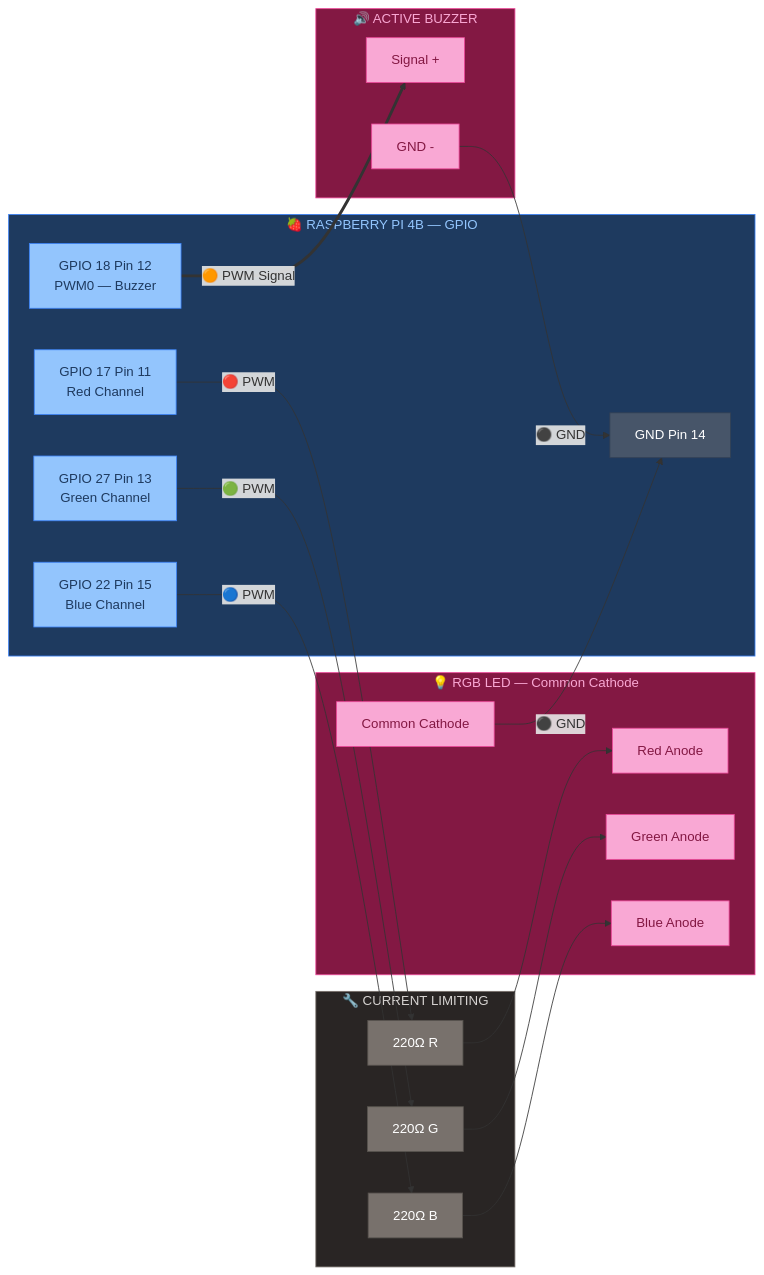
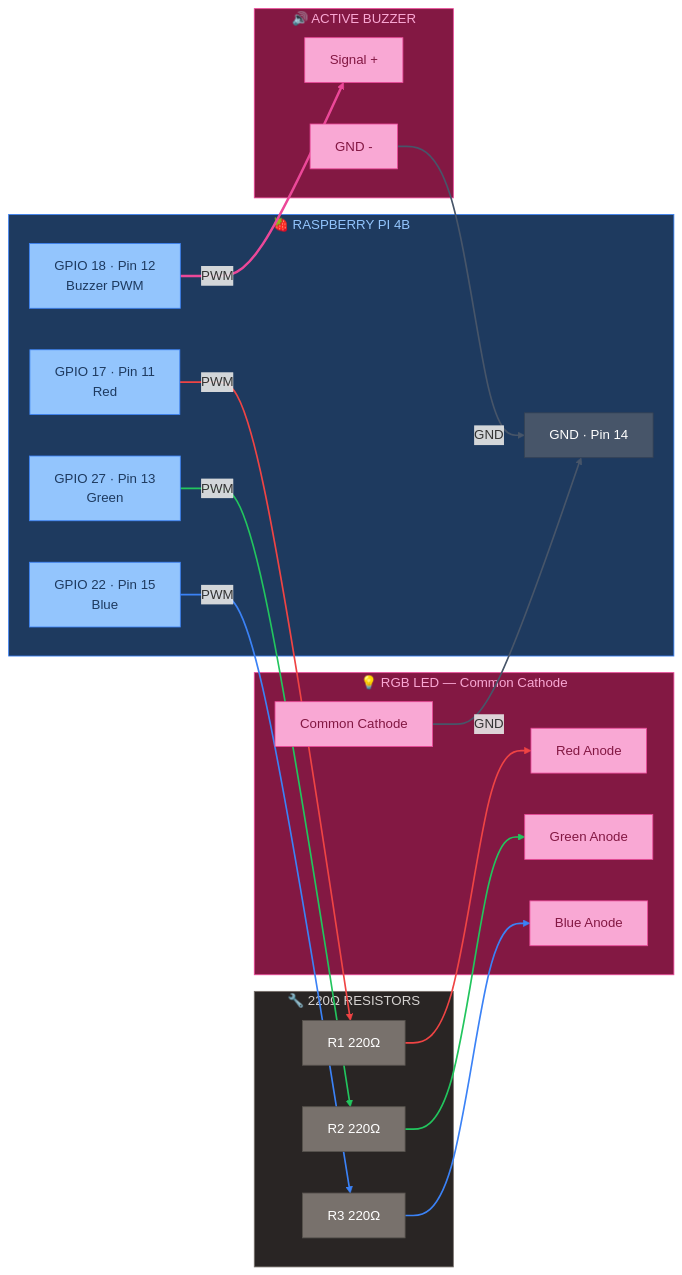
The eighth of 11 diagrams in control/docs/wiring_diagram.md (Major-Project-001/VIGIL-RQ), drawn with Mermaid before and after one commit. The commit also changed other lines of this file, not shown here.

Commit message:
docs: Add color-coded linkStyle to all Mermaid connection lines

````diff
--- a/control/docs/wiring_diagram.md
+++ b/control/docs/wiring_diagram.md
@@ -482,56 +457,58 @@
 ```mermaid
 graph LR
-    classDef rpi fill:#3b82f6,stroke:#1d4ed8,color:#fff,font-weight:bold
     classDef rpiPin fill:#93c5fd,stroke:#3b82f6,color:#1e3a5f
-    classDef alert fill:#ec4899,stroke:#be185d,color:#fff,font-weight:bold
     classDef alertPin fill:#f9a8d4,stroke:#ec4899,color:#831843
     classDef gnd fill:#475569,stroke:#334155,color:#fff
-    classDef resistor fill:#78716c,stroke:#57534e,color:#fff
+    classDef res fill:#78716c,stroke:#57534e,color:#fff
 
-    subgraph RPI_GPIO["🍓 RASPBERRY PI 4B — GPIO"]
-        RPI_GP18["GPIO 18  Pin 12<br/>PWM0 — Buzzer"]:::rpiPin
-        RPI_GP17["GPIO 17  Pin 11<br/>Red Channel"]:::rpiPin
-        RPI_GP27["GPIO 27  Pin 13<br/>Green Channel"]:::rpiPin
-        RPI_GP22["GPIO 22  Pin 15<br/>Blue Channel"]:::rpiPin
-        RPI_GNDG["GND  Pin 14"]:::gnd
+    subgraph RPI_GPIO["🍓 RASPBERRY PI 4B"]
+        G18["GPIO 18 · Pin 12<br/>Buzzer PWM"]:::rpiPin
+        G17["GPIO 17 · Pin 11<br/>Red"]:::rpiPin
+        G27["GPIO 27 · Pin 13<br/>Green"]:::rpiPin
+        G22["GPIO 22 · Pin 15<br/>Blue"]:::rpiPin
+        GG["GND · Pin 14"]:::gnd
     end
 
-    subgraph RESISTORS["🔧 CURRENT LIMITING"]
-        R1["220Ω  R"]:::resistor
-        R2["220Ω  G"]:::resistor
-        R3["220Ω  B"]:::resistor
+    subgraph RESISTORS["🔧 220Ω RESISTORS"]
+        R1["R1 220Ω"]:::res
+        R2["R2 220Ω"]:::res
+        R3["R3 220Ω"]:::res
     end
 
-    subgraph BUZZER_BLOCK["🔊 ACTIVE BUZZER"]
-        BUZ_SIG["Signal +"]:::alertPin
-        BUZ_GND["GND  -"]:::alertPin
+    subgraph BUZZER_B["🔊 ACTIVE BUZZER"]
+        BUZ_P["Signal +"]:::alertPin
+        BUZ_N["GND -"]:::alertPin
     end
 
-    subgraph RGB_BLOCK["💡 RGB LED — Common Cathode"]
+    subgraph RGB_B["💡 RGB LED — Common Cathode"]
         RGB_R["Red Anode"]:::alertPin
         RGB_G["Green Anode"]:::alertPin
-        RGB_B["Blue Anode"]:::alertPin
-        RGB_GND["Common Cathode"]:::alertPin
+        RGB_BL["Blue Anode"]:::alertPin
+        RGB_K["Common Cathode"]:::alertPin
     end
 
-    %% Buzzer connection
-    RPI_GP18 ==>|"🟠 PWM Signal"| BUZ_SIG
-    BUZ_GND -->|"⚫ GND"| RPI_GNDG
+    G18 -->|"PWM"| BUZ_P
+    BUZ_N -->|"GND"| GG
+    G17 -->|"PWM"| R1
+    R1 --> RGB_R
+    G27 -->|"PWM"| R2
+    R2 --> RGB_G
+    G22 -->|"PWM"| R3
+    R3 --> RGB_BL
+    RGB_K -->|"GND"| GG
 
-    %% RGB LED via resistors
-    RPI_GP17 -->|"🔴 PWM"| R1
-    R1 -->|" "| RGB_R
-
-    RPI_GP27 -->|"🟢 PWM"| R2
-    R2 -->|" "| RGB_G
-
-    RPI_GP22 -->|"🔵 PWM"| R3
-    R3 -->|" "| RGB_B
-
-    RGB_GND -->|"⚫ GND"| RPI_GNDG
+    linkStyle 0 stroke:#ec4899,stroke-width:3px
+    linkStyle 1 stroke:#475569,stroke-width:2px
+    linkStyle 2 stroke:#ef4444,stroke-width:2px
+    linkStyle 3 stroke:#ef4444,stroke-width:2px
+    linkStyle 4 stroke:#22c55e,stroke-width:2px
+    linkStyle 5 stroke:#22c55e,stroke-width:2px
+    linkStyle 6 stroke:#3b82f6,stroke-width:2px
+    linkStyle 7 stroke:#3b82f6,stroke-width:2px
+    linkStyle 8 stroke:#475569,stroke-width:2px
 
     style RPI_GPIO fill:#1e3a5f,stroke:#3b82f6,color:#93c5fd
-    style BUZZER_BLOCK fill:#831843,stroke:#ec4899,color:#f9a8d4
-    style RGB_BLOCK fill:#831843,stroke:#ec4899,color:#f9a8d4
+    style BUZZER_B fill:#831843,stroke:#ec4899,color:#f9a8d4
+    style RGB_B fill:#831843,stroke:#ec4899,color:#f9a8d4
     style RESISTORS fill:#292524,stroke:#78716c,color:#d6d3d1
 ```
````
